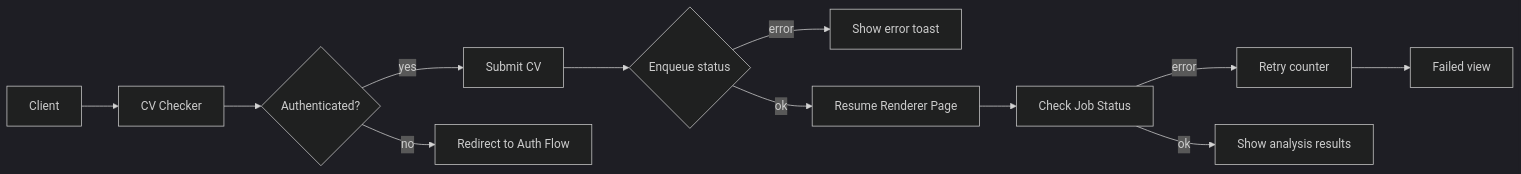
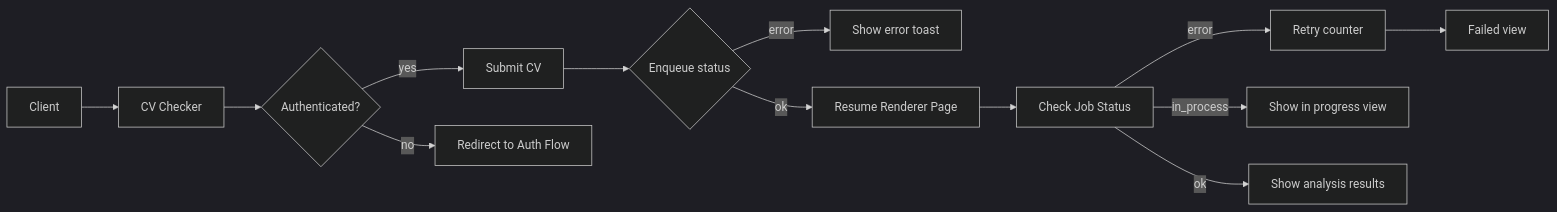
Before and after one commit to DmitriyMuliak/z1mak-cv: the diagram in README.md, drawn with Mermaid (dark theme).

Commit message:
[ADD]: add info to readme

````diff
--- a/README.md
+++ b/README.md
@@ -18,19 +18,20 @@
 ```mermaid
 flowchart LR
     Client --> CV[CV Checker]
     CV --> Auth{Authenticated?}
     Auth -- yes --> Submit[Submit CV]
     Auth -- no --> AuthFlow[Redirect to Auth Flow]
 
     Submit --> Enqueue{Enqueue status}
     Enqueue -- error --> Toast[Show error toast]
 
     Enqueue -- ok --> Renderer[Resume Renderer Page]
     Renderer --> Status[Check Job Status]
 
     Status -- error --> Retry[Retry counter]
     Retry --> FailedView[Failed view]
 
+    Status -- in_process --> Progress[Show in progress view]
     Status -- ok --> Results[Show analysis results]
 
 ```
````
